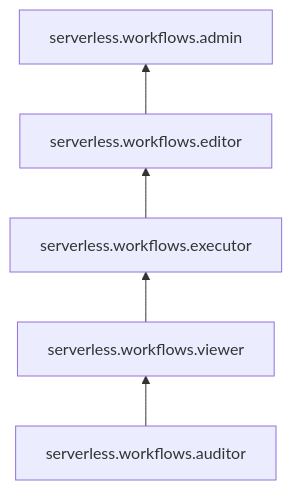
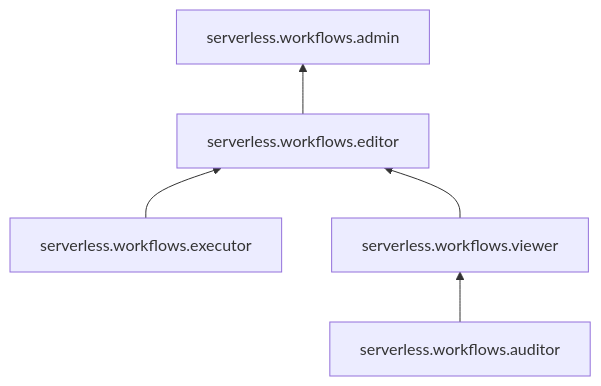
The diagram in en/_mermaid/roles/serverless-integrations-workflows.md (yandex-cloud/docs), drawn with Mermaid before and after one commit. The commit also changed 155 other files, not shown here.

````diff
--- a/en/_mermaid/roles/serverless-integrations-workflows.md
+++ b/en/_mermaid/roles/serverless-integrations-workflows.md
@@ -1,7 +1,7 @@
 ```mermaid
 flowchart BT
     serverless.workflows.editor --> serverless.workflows.admin
     serverless.workflows.executor --> serverless.workflows.editor
-    serverless.workflows.viewer --> serverless.workflows.executor
+    serverless.workflows.viewer --> serverless.workflows.editor
     serverless.workflows.auditor --> serverless.workflows.viewer
 ```
````
